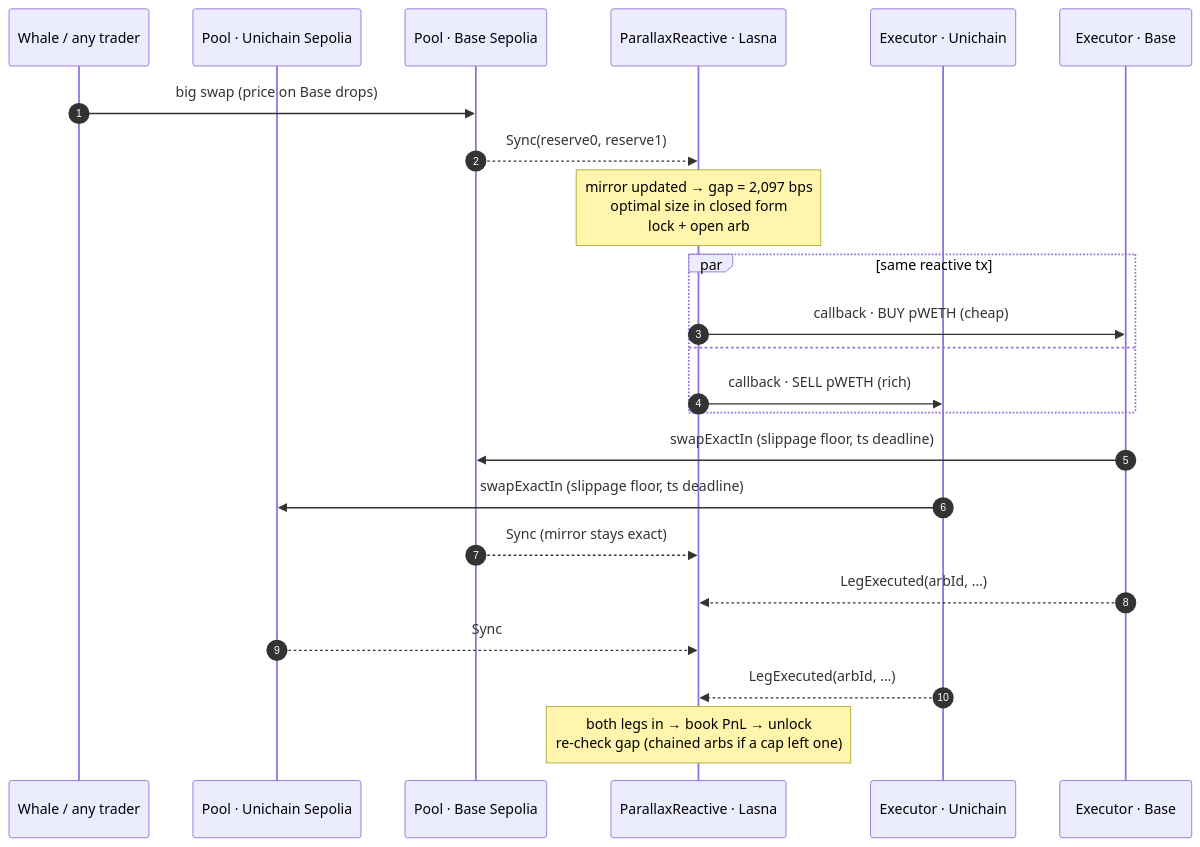
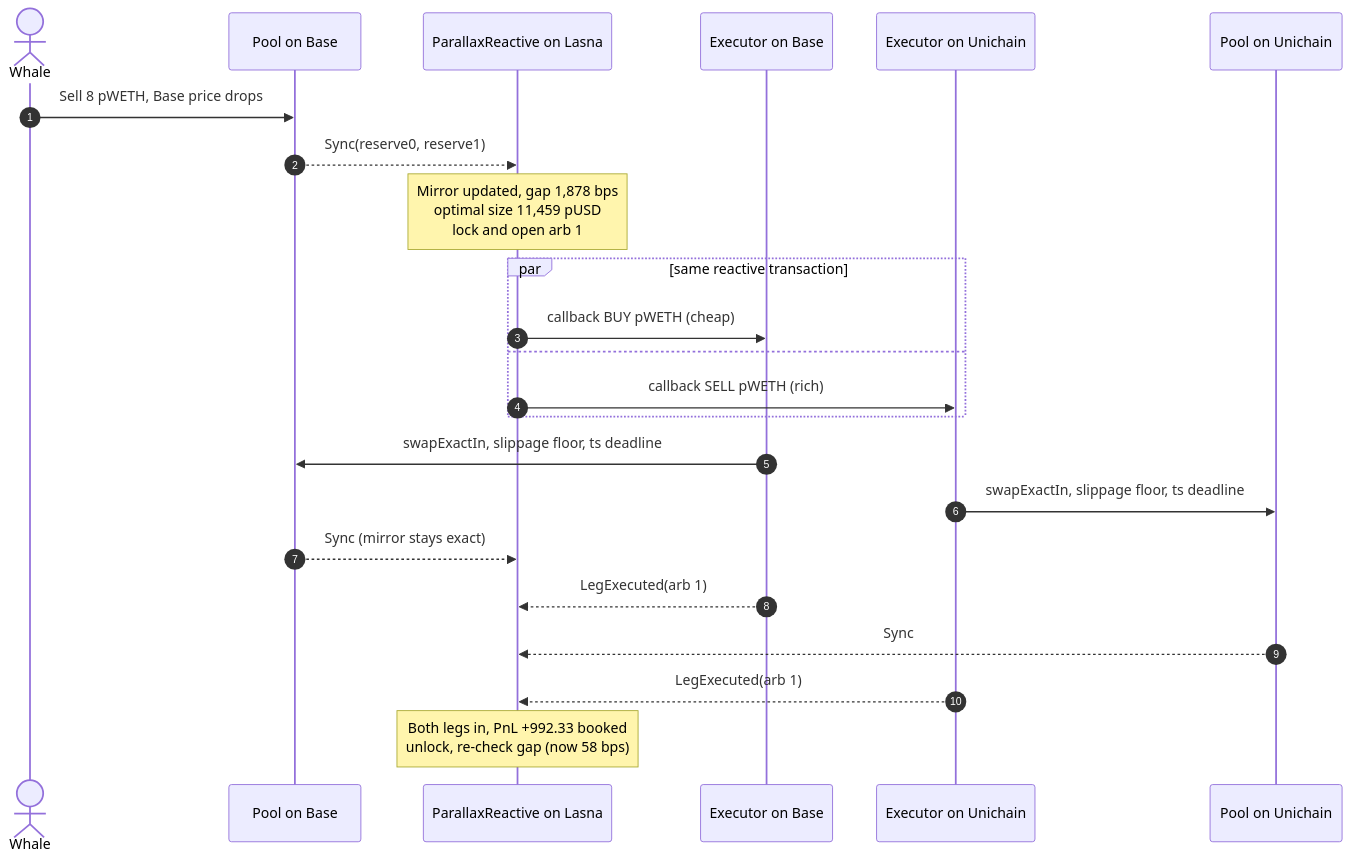
The third of 7 diagrams in README.md (Hajrajadoon/parallax-reactive), drawn with Mermaid before and after one commit. The commit also changed other lines of this file and 1 other file, not shown here.

Commit message:
Add full README with diagrams and on-chain proof, README logo, latest site fixes

````diff
--- a/README.md
+++ b/README.md
@@ -59,26 +269,26 @@
 ```mermaid
 sequenceDiagram
     autonumber
-    participant W as Whale / any trader
-    participant PA as Pool · Unichain Sepolia
-    participant PB as Pool · Base Sepolia
-    participant RX as ParallaxReactive · Lasna
-    participant XA as Executor · Unichain
-    participant XB as Executor · Base
+    actor W as Whale
+    participant PB as Pool on Base
+    participant RX as ParallaxReactive on Lasna
+    participant XB as Executor on Base
+    participant XA as Executor on Unichain
+    participant PA as Pool on Unichain
 
-    W->>PB: big swap (price on Base drops)
+    W->>PB: Sell 8 pWETH, Base price drops
     PB-->>RX: Sync(reserve0, reserve1)
-    Note over RX: mirror updated → gap = 2,097 bps<br/>optimal size in closed form<br/>lock + open arb #1
-    par same reactive tx
-        RX->>XB: callback · BUY pWETH (cheap)
+    Note over RX: Mirror updated, gap 1,878 bps<br/>optimal size 11,459 pUSD<br/>lock and open arb 1
+    par same reactive transaction
+        RX->>XB: callback BUY pWETH (cheap)
     and
-        RX->>XA: callback · SELL pWETH (rich)
+        RX->>XA: callback SELL pWETH (rich)
     end
-    XB->>PB: swapExactIn (slippage floor, ts deadline)
-    XA->>PA: swapExactIn (slippage floor, ts deadline)
+    XB->>PB: swapExactIn, slippage floor, ts deadline
+    XA->>PA: swapExactIn, slippage floor, ts deadline
     PB-->>RX: Sync (mirror stays exact)
-    XB-->>RX: LegExecuted(arbId, …)
+    XB-->>RX: LegExecuted(arb 1)
     PA-->>RX: Sync
-    XA-->>RX: LegExecuted(arbId, …)
-    Note over RX: both legs in → book PnL → unlock<br/>re-check gap (chained arbs if a cap left one)
+    XA-->>RX: LegExecuted(arb 1)
+    Note over RX: Both legs in, PnL +992.33 booked<br/>unlock, re-check gap (now 58 bps)
 ```
````
